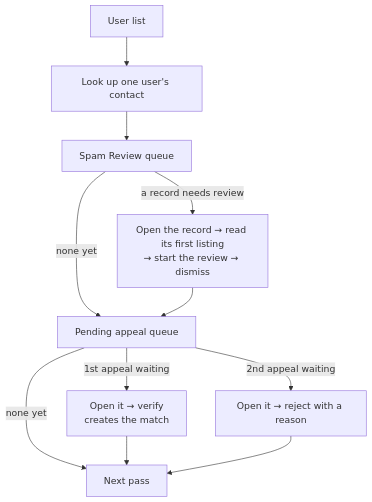
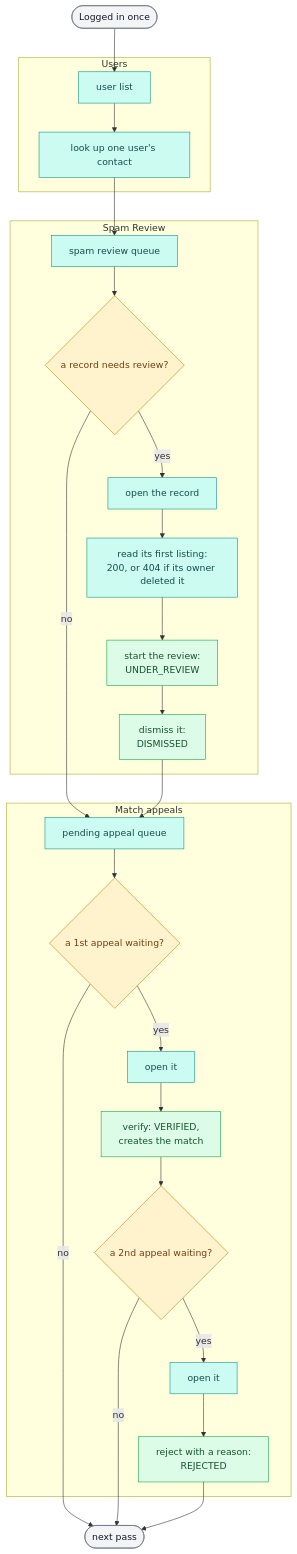
Before and after one commit to IT24103447/LostandFoundApp: the third of 5 diagrams in testing-pipeline/load-testing/README.md, drawn with Mermaid. The commit also changed other lines of this file, not shown here.

Commit message:
Rewrite the load-testing README for the extended plan: design rationale, output and report guide, diagrams

````diff
--- a/testing-pipeline/load-testing/README.md
+++ b/testing-pipeline/load-testing/README.md
@@ -80,13 +129,33 @@
 ```mermaid
 flowchart TD
-    U[User list] --> U2[Look up one user's contact]
-    U2 --> S[Spam Review queue]
-    S -->|a record needs review| S1[Open the record → read its first listing<br/>→ start the review → dismiss]
-    S -->|none yet| A
-    S1 --> A[Pending appeal queue]
-    A -->|1st appeal waiting| V[Open it → verify<br/>creates the match]
-    A -->|2nd appeal waiting| R[Open it → reject with a reason]
-    A -->|none yet| E[Next pass]
-    V --> E
-    R --> E
+    IN([Logged in once]) --> U1
+    subgraph USERS [Users]
+        U1[user list] --> U2[look up one user's contact]
+    end
+    U2 --> S0
+    subgraph SPAM [Spam Review]
+        S0[spam review queue] --> S1{a record needs review?}
+        S1 -->|yes| S2[open the record] --> S3[read its first listing:<br/>200, or 404 if its owner deleted it] --> S4[start the review:<br/>UNDER_REVIEW] --> S5[dismiss it:<br/>DISMISSED]
+    end
+    S1 -->|no| P0
+    S5 --> P0
+    subgraph APPEALS [Match appeals]
+        P0[pending appeal queue] --> P1{a 1st appeal waiting?}
+        P1 -->|yes| P2[open it] --> P3[verify: VERIFIED,<br/>creates the match] --> P4{a 2nd appeal waiting?}
+        P4 -->|yes| P5[open it] --> P6[reject with a reason:<br/>REJECTED]
+    end
+    P1 -->|no| NX([next pass])
+    P4 -->|no| NX
+    P6 --> NX
+    classDef user fill:#dbeafe,stroke:#2563eb,color:#172554
+    classDef partner fill:#ede9fe,stroke:#7c3aed,color:#3b0764
+    classDef admin fill:#ccfbf1,stroke:#0d9488,color:#134e4a
+    classDef decision fill:#fff3cd,stroke:#b58105,color:#713f12
+    classDef retry fill:#fee2e2,stroke:#dc2626,color:#7f1d1d
+    classDef result fill:#dcfce7,stroke:#16a34a,color:#14532d
+    classDef edge fill:#f3f4f6,stroke:#6b7280,color:#111827
+    class IN,NX edge
+    class U1,U2,S0,S2,S3,P0,P2,P5 admin
+    class S1,P1,P4 decision
+    class S4,S5,P3,P6 result
 ```
````
